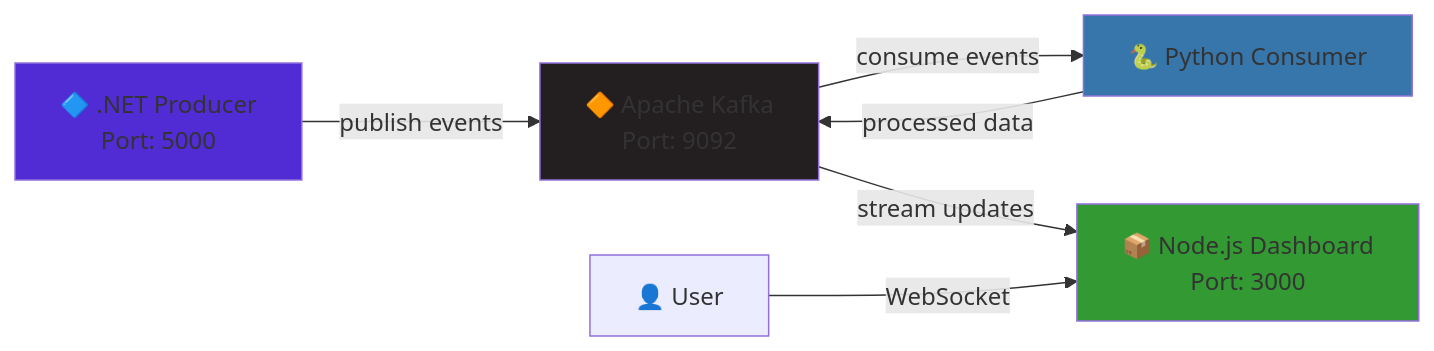
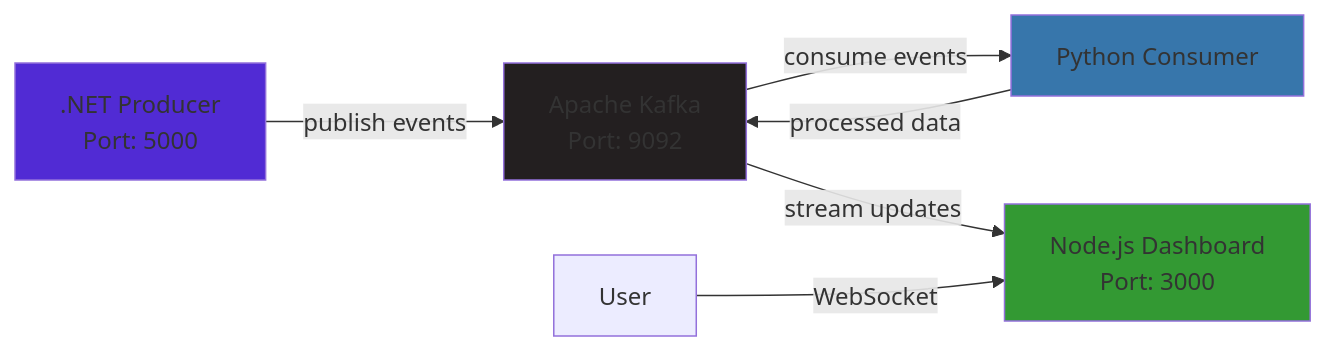
Before and after one commit to codebytes/aspire-polyglot: the second of 2 diagrams in slides/Slides.md, drawn with Mermaid. The commit also changed other lines of this file and 5 other files, not shown here.

```diff
--- a/slides/Slides.md
+++ b/slides/Slides.md
@@ -1044,13 +1046,13 @@
 <div class="mermaid">
 graph LR
-    Producer[🔷 .NET Producer<br/>Port: 5000] -->|publish events| Kafka[🔶 Apache Kafka<br/>Port: 9092]
-    Kafka -->|consume events| Consumer[🐍 Python Consumer]
+    Producer[.NET Producer<br/>Port: 5000] -->|publish events| Kafka[Apache Kafka<br/>Port: 9092]
+    Kafka -->|consume events| Consumer[Python Consumer]
     Consumer -->|processed data| Kafka
-    Kafka -->|stream updates| Dashboard[📦 Node.js Dashboard<br/>Port: 3000]
-    User[👤 User] -->|WebSocket| Dashboard
+    Kafka -->|stream updates| Dashboard[Node.js Dashboard<br/>Port: 3000]
+    User[User] -->|WebSocket| Dashboard
     
     style Producer fill:#512BD4
     style Consumer fill:#3776ab
     style Dashboard fill:#339933
     style Kafka fill:#231F20
 </div>
```
